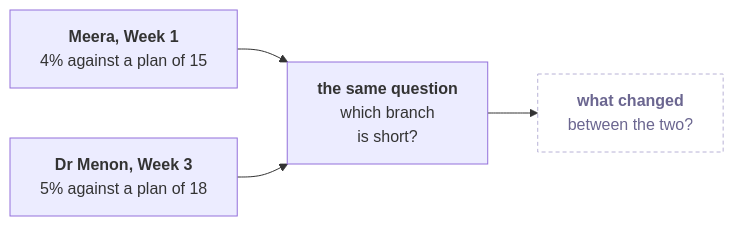
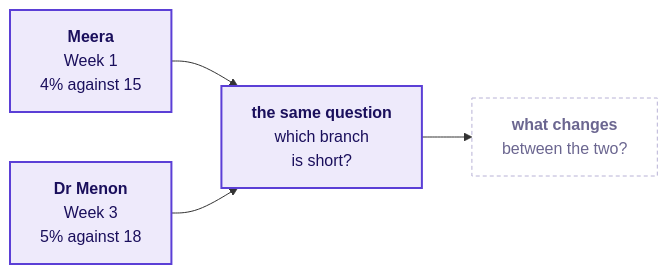
Before and after one commit to fde-academy-lab/c2-content-factory: the second of 21 diagrams in content/W03/D1/slides/C2_W03_D01_introduction_STUDENT.md, drawn with Mermaid. The commit also changed other lines of this file and 2 other files, not shown here.

````diff
--- a/content/W03/D1/slides/C2_W03_D01_introduction_STUDENT.md
+++ b/content/W03/D1/slides/C2_W03_D01_introduction_STUDENT.md
@@ -80,8 +142,10 @@
 ```mermaid
 flowchart LR
-    M["<b>Meera, Week 1</b><br/>4% against a plan of 15"] --> Q["<b>the same question</b><br/>which branch<br/>is short?"]
-    D["<b>Dr Menon, Week 3</b><br/>5% against a plan of 18"] --> Q
-    Q --> A["<b>what changed</b><br/>between the two?"]
+    M["<b>Meera</b><br/>Week 1<br/>4% against 15"] --> Q["<b>the same question</b><br/>which branch<br/>is short?"]
+    D["<b>Dr Menon</b><br/>Week 3<br/>5% against 18"] --> Q
+    Q --> A["<b>what changes</b><br/>between the two?"]
+    classDef known fill:#EEEAFB,stroke:#5B3FD6,color:#1A0F5C,stroke-width:2px
     classDef unknown fill:#FFFFFF,stroke:#B8B2D6,color:#6B6690,stroke-dasharray:4 3
+    class M,D,Q known
     class A unknown
 ```
````
